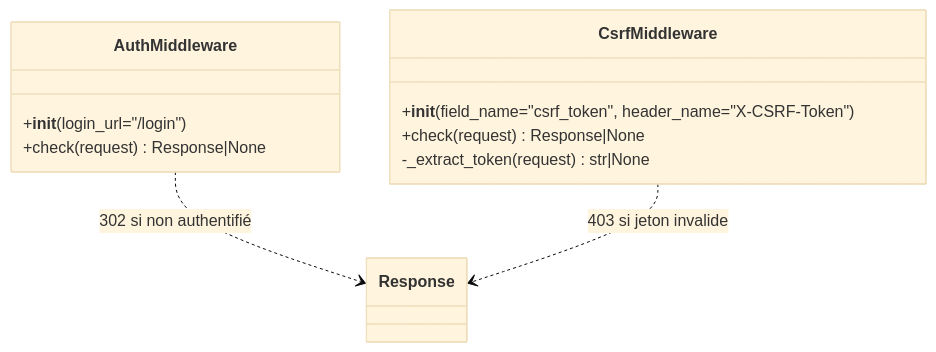
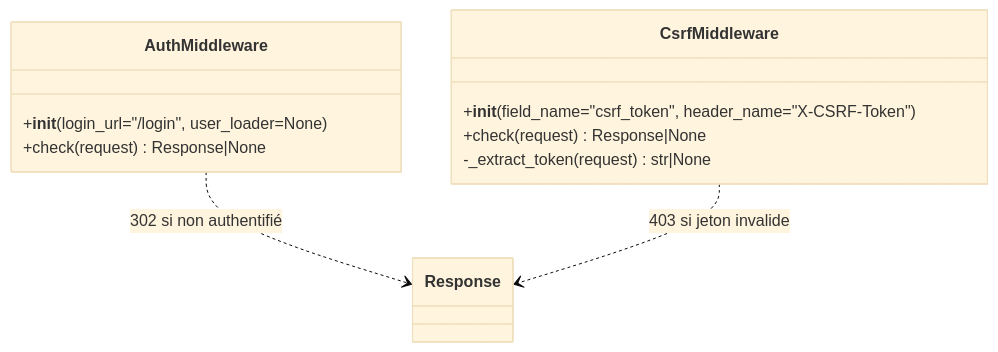
The first of 2 diagrams in core/security/docs/middleware.md (caucrogeGit/Forge), drawn with Mermaid (base theme) before and after one commit. The commit also changed other lines of this file and 2 other files, not shown here.

Commit message:
feat(auth): AuthMiddleware valide le sujet et ferme la session orpheline (F54, ADR-080)
Retour terrain RéférenCiel 021. Une session pointant un compte supprimé ou
réattribué (id en session sans compte correspondant, après rechargement de
fixtures) restait « authentifiée » : AuthMiddleware ne testait que la présence
d'un user_id (is_authenticated id-based).

AuthMiddleware(login_url, *, user_loader=None) : avec un loader, il valide
l'existence du sujet via current_user (existe + actif) ; sur session orpheline
(id présent, sujet absent) il ferme la session (logout_user + purge du cookie
via clear_session_cookie) avant de rediriger, ce qui casse la boucle / ↔ /login.
Sans loader, contrôle id-based inchangé (rétrocompatible). is_authenticated
n'est pas touché.

Tests : sujet valide passe, orpheline fermée + cookie purgé + 302, sujet
inactif = orphelin, anonyme redirigé sans purge. Doc middleware.md à jour.

````diff
--- a/core/security/docs/middleware.md
+++ b/core/security/docs/middleware.md
@@ -32,14 +32,14 @@
 ```mermaid
 classDiagram
     class AuthMiddleware {
-        +__init__(login_url="/login")
+        +__init__(login_url="/login", user_loader=None)
         +check(request) Response|None
     }
     class CsrfMiddleware {
         +__init__(field_name="csrf_token", header_name="X-CSRF-Token")
         +check(request) Response|None
         -_extract_token(request) str|None
     }
     AuthMiddleware ..> Response : 302 si non authentifié
     CsrfMiddleware ..> Response : 403 si jeton invalide
 ```
````
